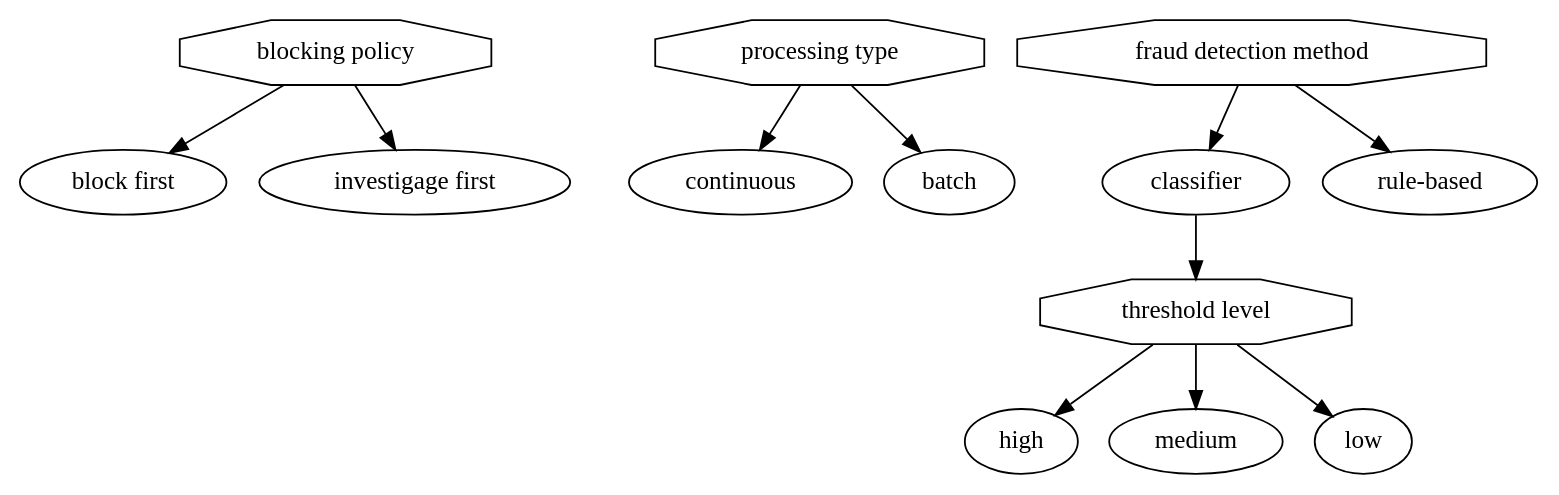
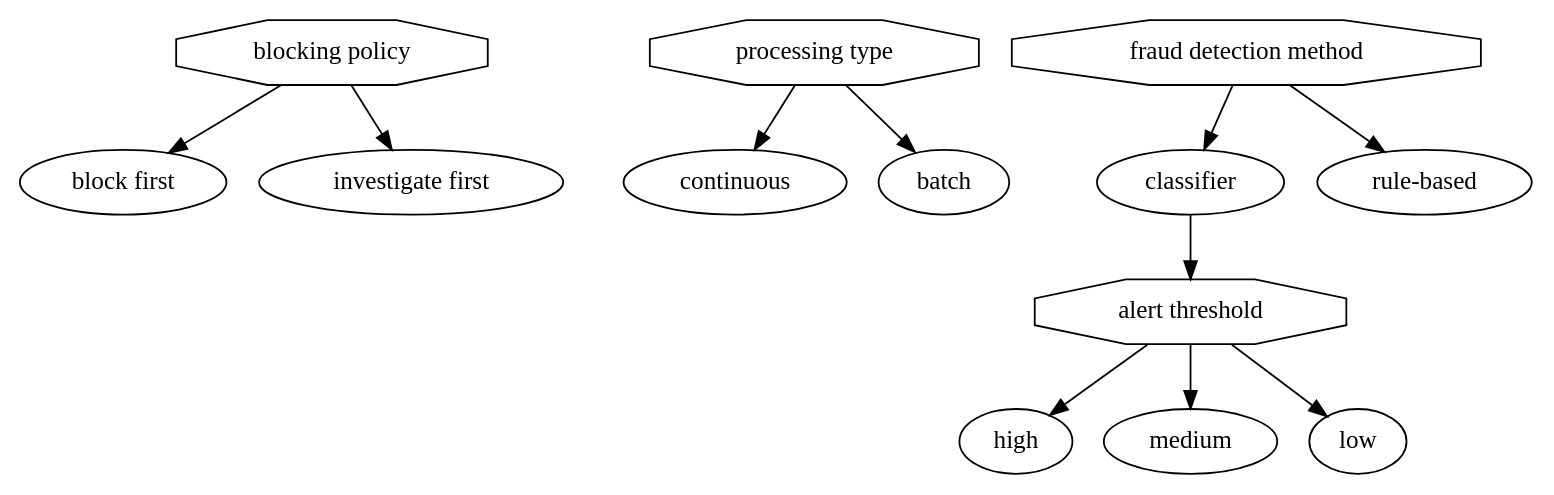
Before and after one commit to sbusari/RADAR2: the diagram in uk.ac.ucl.cs.examples/FDM/ICSE/AnalysisResult/graph/FDMdgraph.dot, drawn with Graphviz. The commit also changed 60 other files, not shown here.

```diff
--- a/uk.ac.ucl.cs.examples/FDM/ICSE/AnalysisResult/graph/FDMdgraph.dot
+++ b/uk.ac.ucl.cs.examples/FDM/ICSE/AnalysisResult/graph/FDMdgraph.dot
@@ -1,12 +1,12 @@
 digraph G { 
 "0"[label="blocking policy", shape = polygon, sides =8 ]"1"[label="block first"]"0" -> "1"
-"2"[label="investigage first"]"0" -> "2"
+"2"[label="investigate first"]"0" -> "2"
 "3"[label="processing type", shape = polygon, sides =8 ]"4"[label="continuous"]"3" -> "4"
 "5"[label="batch"]"3" -> "5"
 "6"[label="fraud detection method", shape = polygon, sides =8 ]"7"[label="classifier"]"6" -> "7"
-"8"[label="threshold level", shape = polygon, sides =8 ]"7" -> "8"
+"8"[label="alert threshold", shape = polygon, sides =8 ]"7" -> "8"
 "9"[label="rule-based"]"6" -> "9"
-"8"[label="threshold level", shape = polygon, sides =8 ]"11"[label="high"]"8" -> "11"
+"8"[label="alert threshold", shape = polygon, sides =8 ]"11"[label="high"]"8" -> "11"
 "12"[label="medium"]"8" -> "12"
 "13"[label="low"]"8" -> "13"
 }
```
